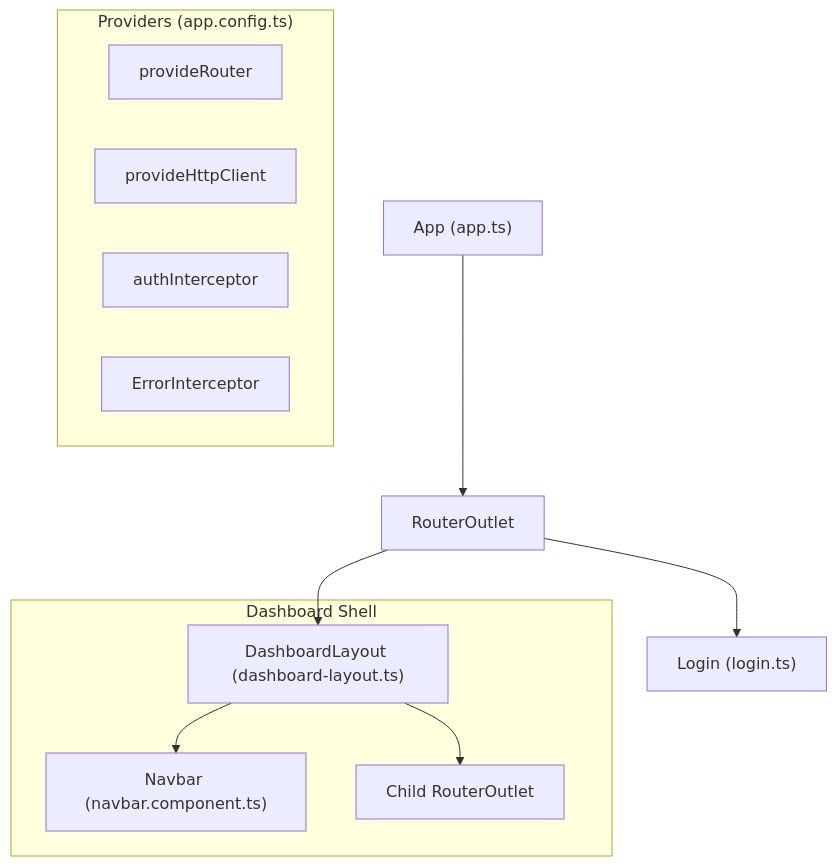
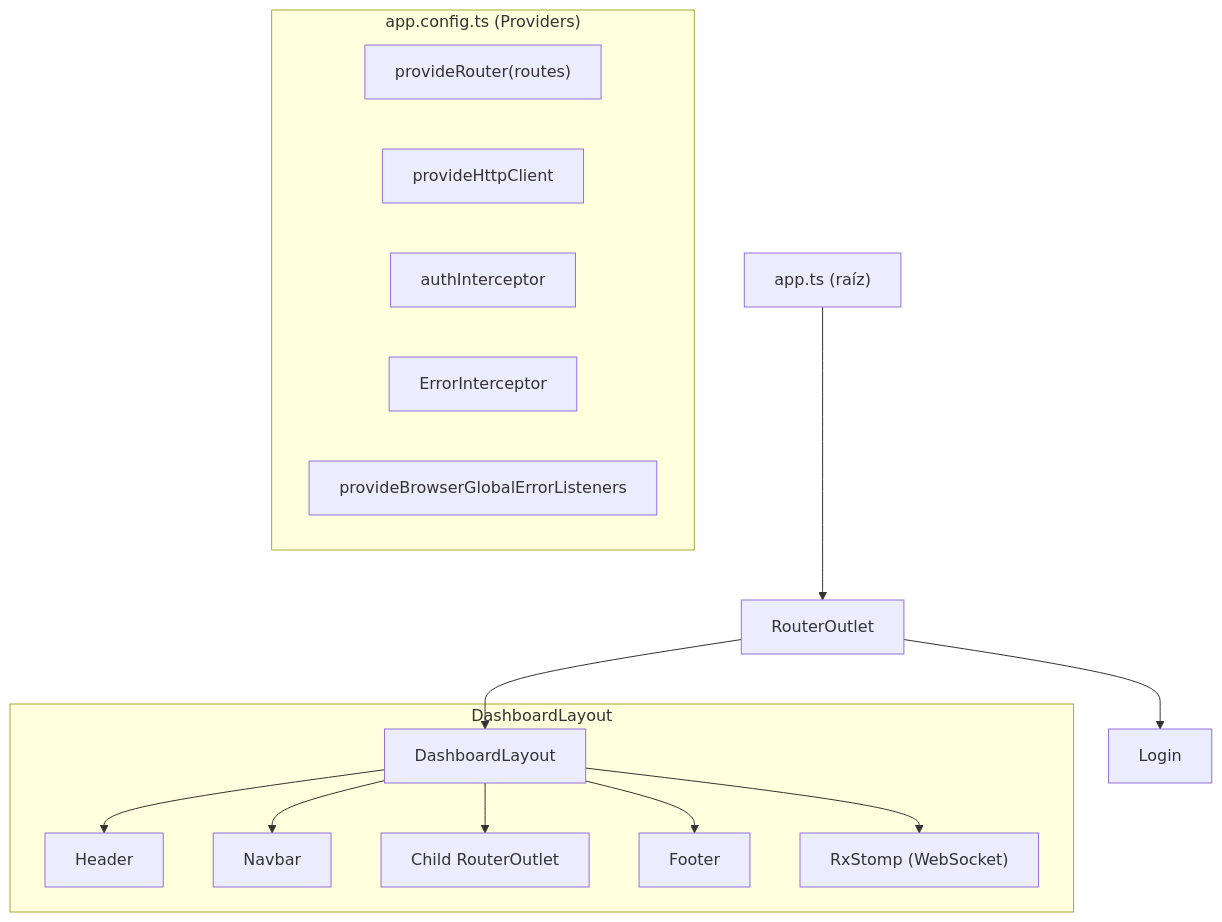
Before and after one commit to JaviRSDEV/FrontCarLog: the first of 4 diagrams in README.md, drawn with Mermaid. The commit also changed other lines of this file, not shown here.

````diff
--- a/README.md
+++ b/README.md
@@ -229,35 +144,22 @@
 ```mermaid
+graph TD
+    A["app.ts (raíz)"] --> B["RouterOutlet"]
+    B --> C["Login"]
+    B --> D["DashboardLayout"]
 
-graph TD
-
-    A["App (app.ts)"] --> B["RouterOutlet"]
-
-    B --> C["Login (login.ts)"]
-
-    B --> D["DashboardLayout (dashboard-layout.ts)"]
-
-
-
-    subgraph "Dashboard Shell"
-
-        D --> E["Navbar (navbar.component.ts)"]
-
-        D --> F["Child RouterOutlet"]
-
+    subgraph "DashboardLayout"
+        D --> E["Header"]
+        D --> F["Navbar"]
+        D --> G["Child RouterOutlet"]
+        D --> H["Footer"]
+        D --> WS["RxStomp (WebSocket)"]
     end
 
-
-
-    subgraph "Providers (app.config.ts)"
-
-        P1["provideRouter"]
-
+    subgraph "app.config.ts (Providers)"
+        P1["provideRouter(routes)"]
         P2["provideHttpClient"]
-
         P3["authInterceptor"]
-
         P4["ErrorInterceptor"]
-
+        P5["provideBrowserGlobalErrorListeners"]
     end
-
 ```
````
